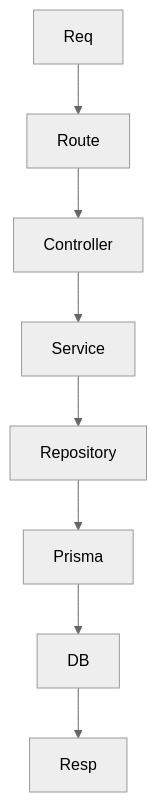
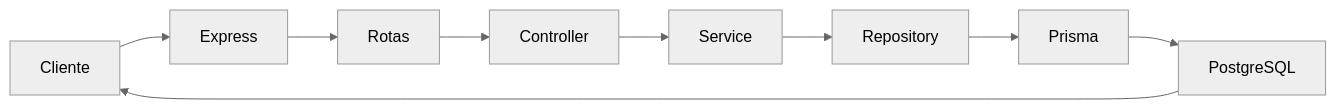
Before and after one commit to viniciusgodoy88/tech-challenge-blog2: diagram 12 of 12 in README.md, drawn with Mermaid (neutral theme). The commit also changed other lines of this file, not shown here.

````diff
--- a/README.md
+++ b/README.md
@@ -93,5 +2062,21 @@
-``` mermaid
-flowchart TD
-Req-->Route-->Controller-->Service-->Repository-->Prisma-->DB
-DB-->Resp
+```mermaid
+flowchart LR
+
+Cliente
+
+Cliente --> Express
+
+Express --> Rotas
+
+Rotas --> Controller
+
+Controller --> Service
+
+Service --> Repository
+
+Repository --> Prisma
+
+Prisma --> PostgreSQL
+
+PostgreSQL --> Cliente
 ```
````
